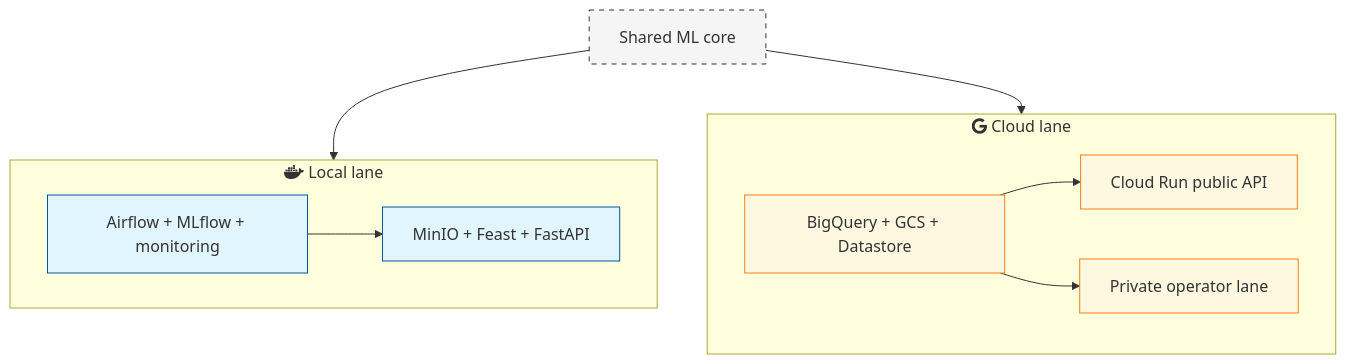
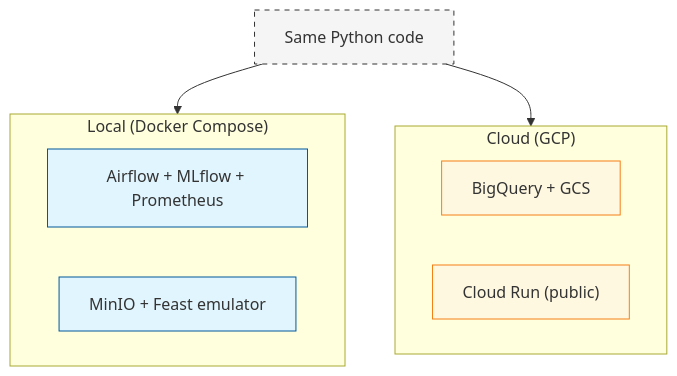
The second of 2 diagrams in docs/site/overview.md (javihslu/foehncast), drawn with Mermaid before and after one commit. The commit also changed other lines of this file and 6 other files, not shown here.

```diff
--- a/docs/site/overview.md
+++ b/docs/site/overview.md
@@ -42,28 +42,23 @@
 <div class="mermaid">
 flowchart TD
-  %% Style definitions
   classDef shared fill:#f5f5f5,stroke:#333,stroke-dasharray: 5 5
   classDef local fill:#e1f5fe,stroke:#01579b
   classDef cloud fill:#fff8e1,stroke:#f57f17
 
-  CORE["Shared ML core"]:::shared
+  CORE["Same Python code"]:::shared
 
-  subgraph LocalStack ["fab:fa-docker Local lane"]
+  subgraph Local ["Local (Docker Compose)"]
     direction LR
-    LOPS["Airflow + MLflow + monitoring"]:::local
-    LAPP["MinIO + Feast + FastAPI"]:::local
+    LOPS["Airflow + MLflow + Prometheus"]:::local
+    LDATA["MinIO + Feast emulator"]:::local
   end
 
-  subgraph CloudStack ["fab:fa-google Cloud lane"]
+  subgraph Cloud ["Cloud (GCP)"]
     direction LR
-    CDATA["BigQuery + GCS + Datastore"]:::cloud
-    CAPI["Cloud Run public API"]:::cloud
-    COPS["Private operator lane"]:::cloud
+    CDATA["BigQuery + GCS"]:::cloud
+    CAPI["Cloud Run (public)"]:::cloud
   end
 
-  CORE --> LocalStack
-  CORE --> CloudStack
-  LOPS --> LAPP
-  CDATA --> CAPI
-  CDATA --> COPS
+  CORE --> Local
+  CORE --> Cloud
 </div>
```
